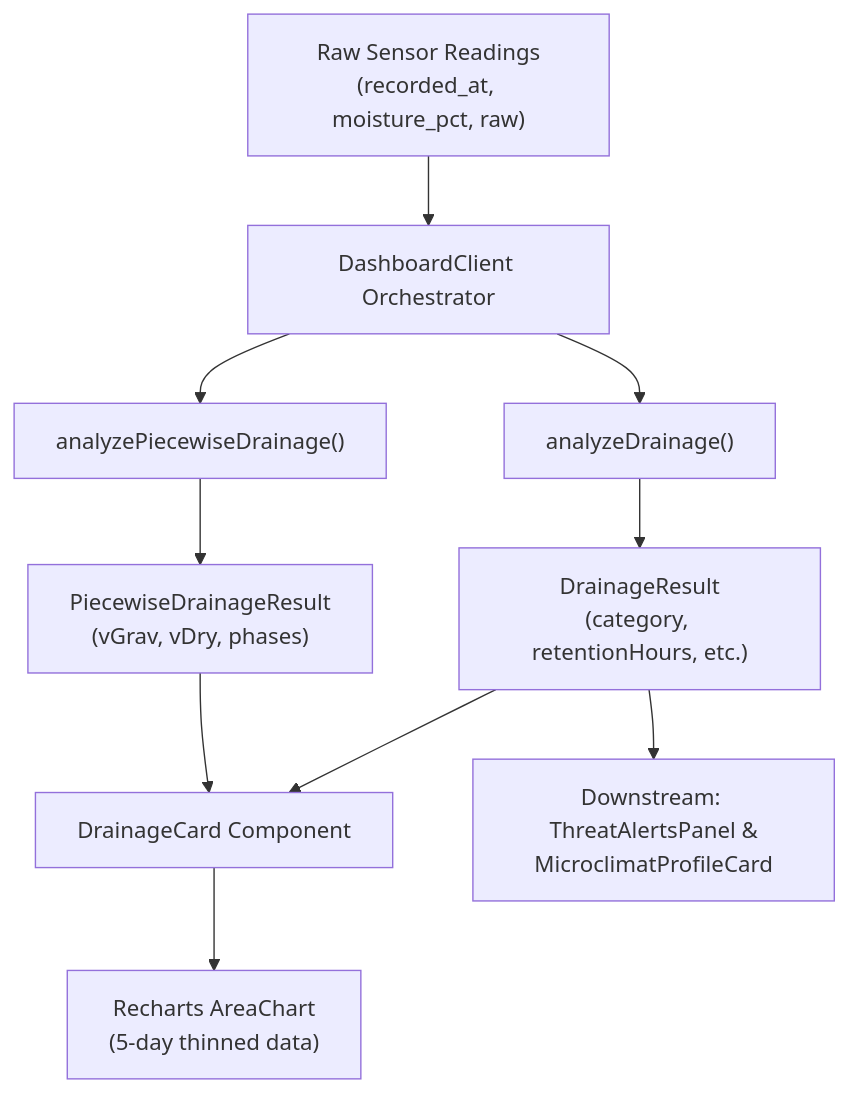
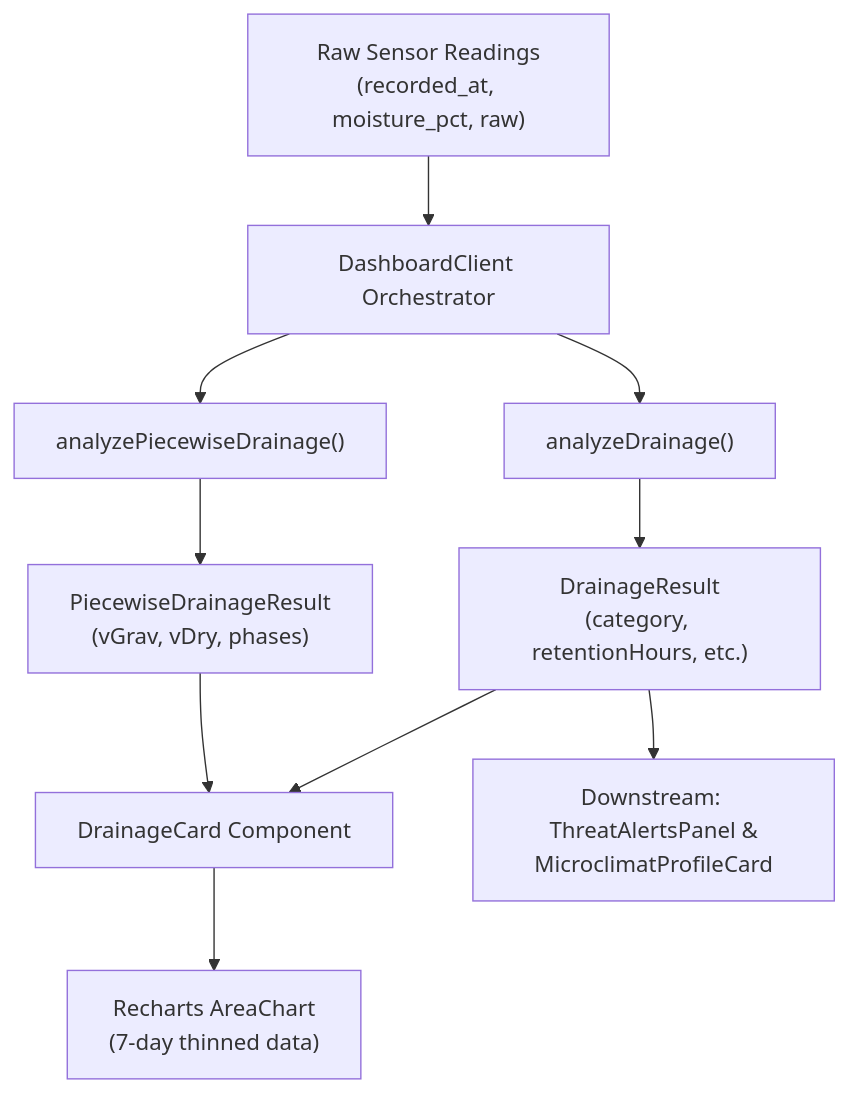
One commit to Kamish76/ViabilityNode changed the first of 2 diagrams in docs/DrainageCard.md. Above: the diagram before and after it, drawn with Mermaid. The commit also changed other lines of this file and 3 other files, not shown here.

````diff
--- a/docs/DrainageCard.md
+++ b/docs/DrainageCard.md
@@ -25,12 +25,12 @@
 ```mermaid
 graph TD
     A["Raw Sensor Readings<br/>(recorded_at, moisture_pct, raw)"] --> B["DashboardClient Orchestrator"]
     B --> C["analyzeDrainage()"]
     B --> D["analyzePiecewiseDrainage()"]
     C --> F["DrainageResult<br/>(category, retentionHours, etc.)"]
     D --> G["PiecewiseDrainageResult<br/>(vGrav, vDry, phases)"]
     F --> I["DrainageCard Component"]
     G --> I
-    I --> H["Recharts AreaChart<br/>(5-day thinned data)"]
+    I --> H["Recharts AreaChart<br/>(7-day thinned data)"]
     F --> K["Downstream: ThreatAlertsPanel &<br/>MicroclimatProfileCard"]
 ```
````
